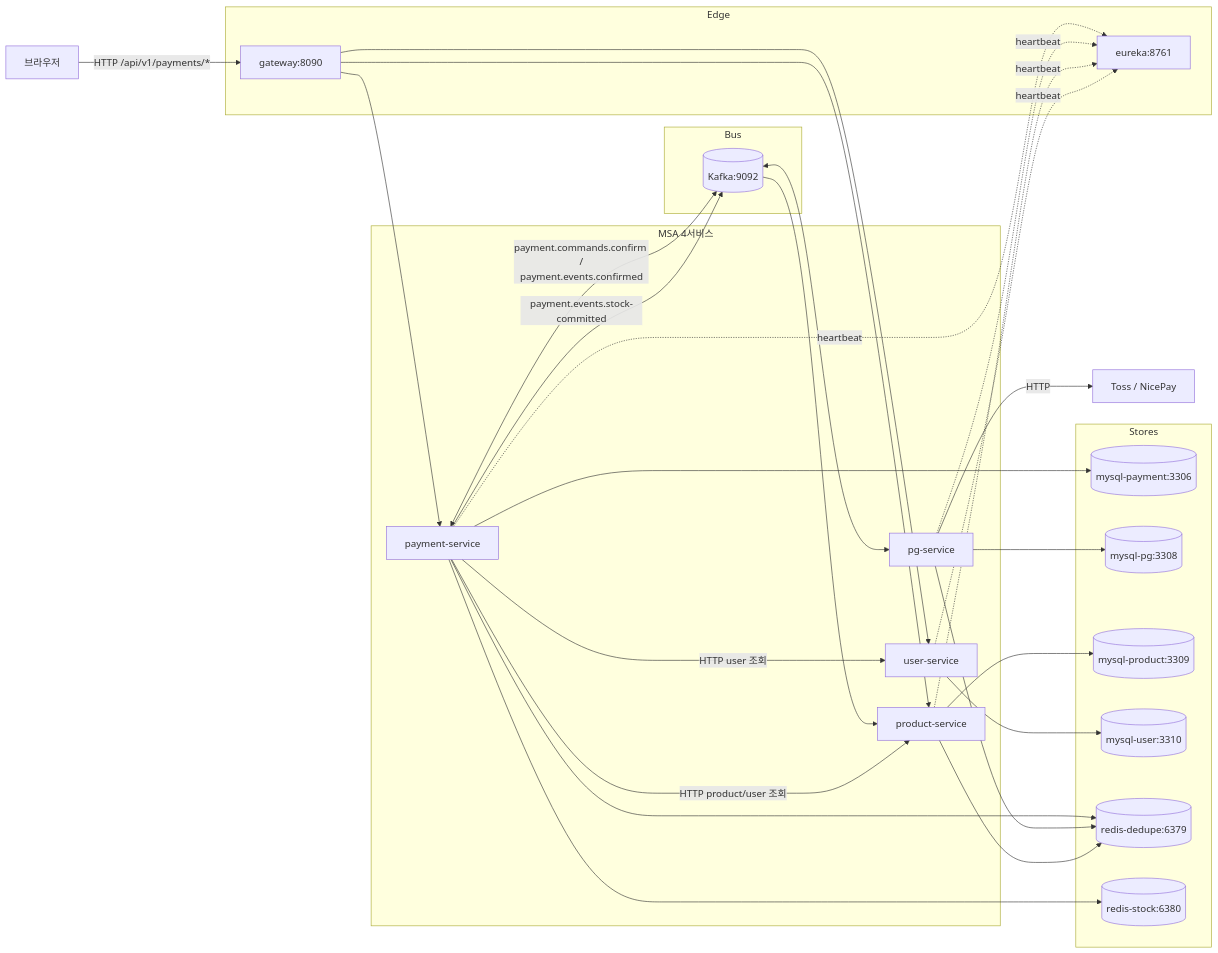
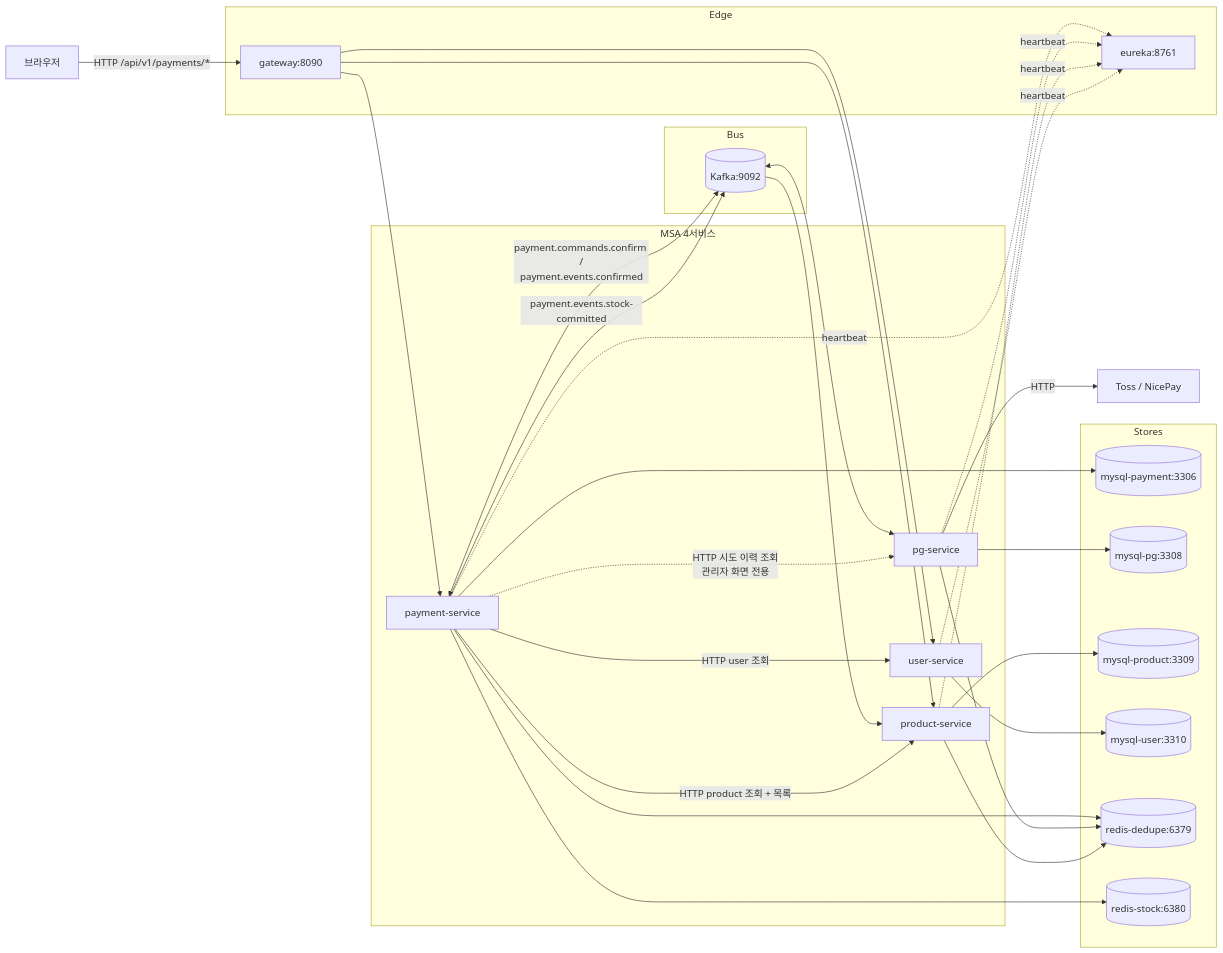
The diagram in docs/context/ARCHITECTURE.md (hyoguoo/payment-platform), drawn with Mermaid before and after one commit. The commit also changed other lines of this file and 9 other files, not shown here.

````diff
--- a/docs/context/ARCHITECTURE.md
+++ b/docs/context/ARCHITECTURE.md
@@ -22,52 +22,53 @@
 ```mermaid
 flowchart LR
     Browser["브라우저"]
 
     subgraph Edge
         GW["gateway:8090"]
         E["eureka:8761"]
     end
 
     subgraph Apps["MSA 4서비스"]
         Pay["payment-service"]
         Pg["pg-service"]
         Prod["product-service"]
         Usr["user-service"]
     end
 
     subgraph Stores
         MyP[("mysql-payment:3306")]
         MyG[("mysql-pg:3308")]
         MyPr[("mysql-product:3309")]
         MyU[("mysql-user:3310")]
         RedD[("redis-dedupe:6379")]
         RedS[("redis-stock:6380")]
     end
 
     subgraph Bus
         K[("Kafka:9092")]
     end
 
     Browser -->|"HTTP /api/v1/payments/*"| GW
     GW --> Pay & Prod & Usr
     Pay & Pg & Prod & Usr -. heartbeat .-> E
 
     Pay --> MyP
     Pg  --> MyG
     Prod --> MyPr
     Usr --> MyU
 
     Pay --> RedD
     Pg  --> RedD
     Prod --> RedD
     Pay --> RedS
 
     Pay <-->|"payment.commands.confirm /\npayment.events.confirmed"| K
     K <--> Pg
     Pay -->|"payment.events.stock-committed"| K
     K --> Prod
 
     Pg -->|HTTP| Vendor["Toss / NicePay"]
-    Pay -->|HTTP product/user 조회| Prod
+    Pay -->|HTTP product 조회 + 목록| Prod
     Pay -->|HTTP user 조회| Usr
+    Pay -.->|"HTTP 시도 이력 조회<br/>관리자 화면 전용"| Pg
 ```
````
